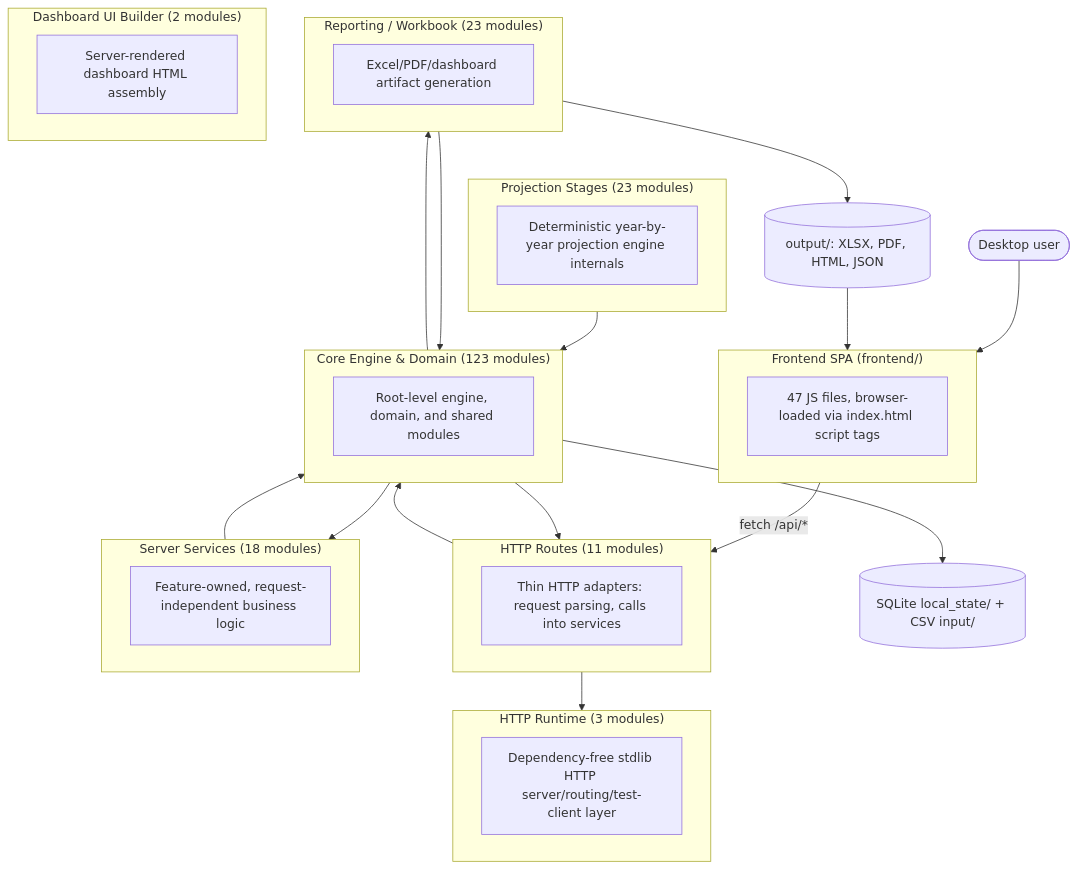
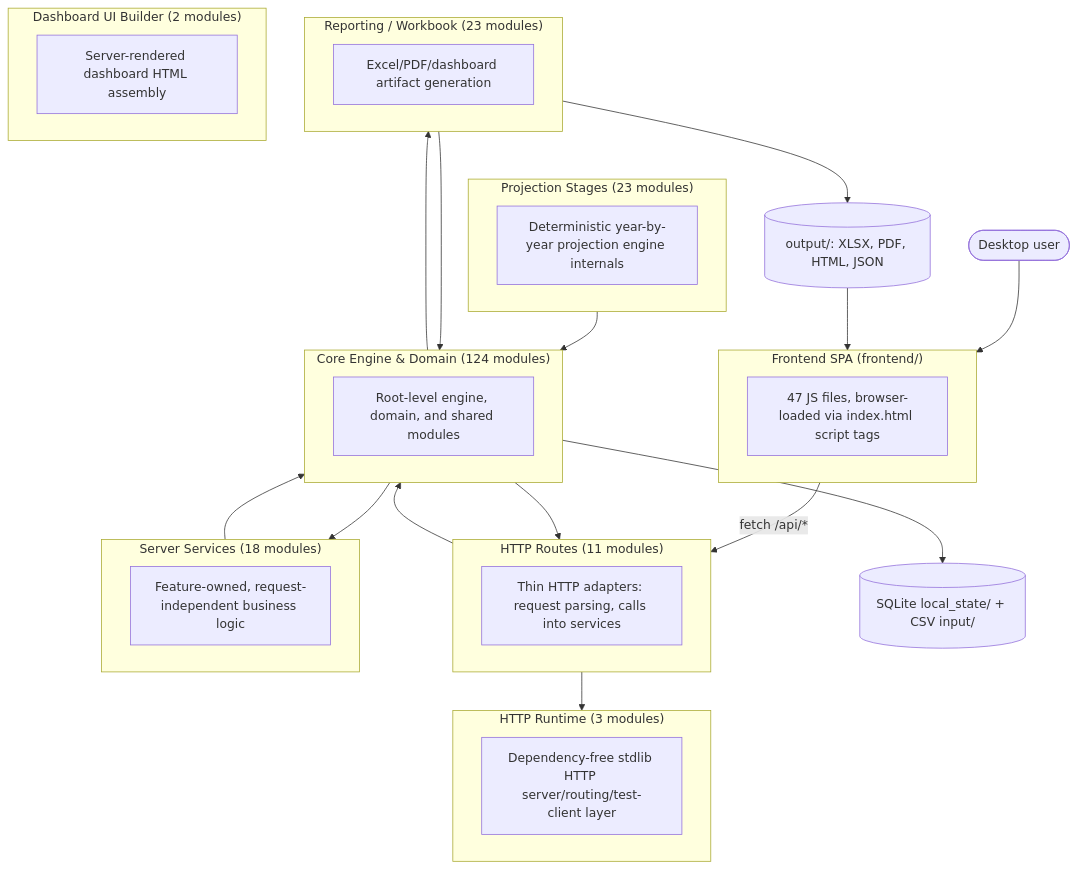
The first of 2 diagrams in documentation/reference/SYSTEM_ARCHITECTURE_DIAGRAM.md (matthartzman/retirement_system), drawn with Mermaid before and after one commit. The commit also changed other lines of this file and 19 other files, not shown here.

````diff
--- a/documentation/reference/SYSTEM_ARCHITECTURE_DIAGRAM.md
+++ b/documentation/reference/SYSTEM_ARCHITECTURE_DIAGRAM.md
@@ -11,40 +11,40 @@
 ```mermaid
 flowchart TB
     User(["Desktop user"]) --> FE
     subgraph FE["Frontend SPA (frontend/)"]
         FEcount["47 JS files, browser-loaded via index.html script tags"]
     end
     FE -->|fetch /api/*| L_HTTP_Routes
     subgraph L_HTTP_Routes["HTTP Routes (11 modules)"]
         L_HTTP_Routes_d["Thin HTTP adapters: request parsing, calls into services"]
     end
     subgraph L_Server_Services["Server Services (18 modules)"]
         L_Server_Services_d["Feature-owned, request-independent business logic"]
     end
     subgraph L_HTTP_Runtime["HTTP Runtime (3 modules)"]
         L_HTTP_Runtime_d["Dependency-free stdlib HTTP server/routing/test-client layer"]
     end
-    subgraph L_Core_Engine___Domain["Core Engine & Domain (123 modules)"]
+    subgraph L_Core_Engine___Domain["Core Engine & Domain (124 modules)"]
         L_Core_Engine___Domain_d["Root-level engine, domain, and shared modules"]
     end
     subgraph L_Projection_Stages["Projection Stages (23 modules)"]
         L_Projection_Stages_d["Deterministic year-by-year projection engine internals"]
     end
     subgraph L_Reporting___Workbook["Reporting / Workbook (23 modules)"]
         L_Reporting___Workbook_d["Excel/PDF/dashboard artifact generation"]
     end
     subgraph L_Dashboard_UI_Builder["Dashboard UI Builder (2 modules)"]
         L_Dashboard_UI_Builder_d["Server-rendered dashboard HTML assembly"]
     end
     L_Core_Engine___Domain --> L_HTTP_Routes
     L_Core_Engine___Domain --> L_Reporting___Workbook
     L_Core_Engine___Domain --> L_Server_Services
     L_HTTP_Routes --> L_Core_Engine___Domain
     L_HTTP_Routes --> L_HTTP_Runtime
     L_Projection_Stages --> L_Core_Engine___Domain
     L_Reporting___Workbook --> L_Core_Engine___Domain
     L_Server_Services --> L_Core_Engine___Domain
     L_Core_Engine___Domain --> DB[("SQLite local_state/ + CSV input/")]
     L_Reporting___Workbook --> Outputs[("output/: XLSX, PDF, HTML, JSON")]
     Outputs --> FE
 ```
````
